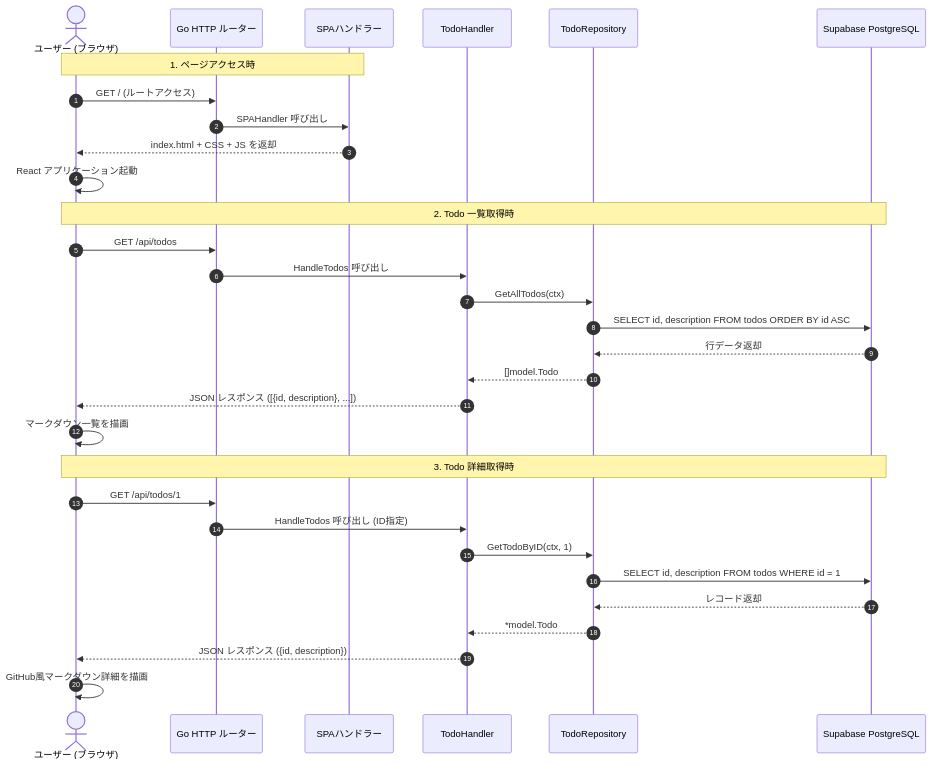
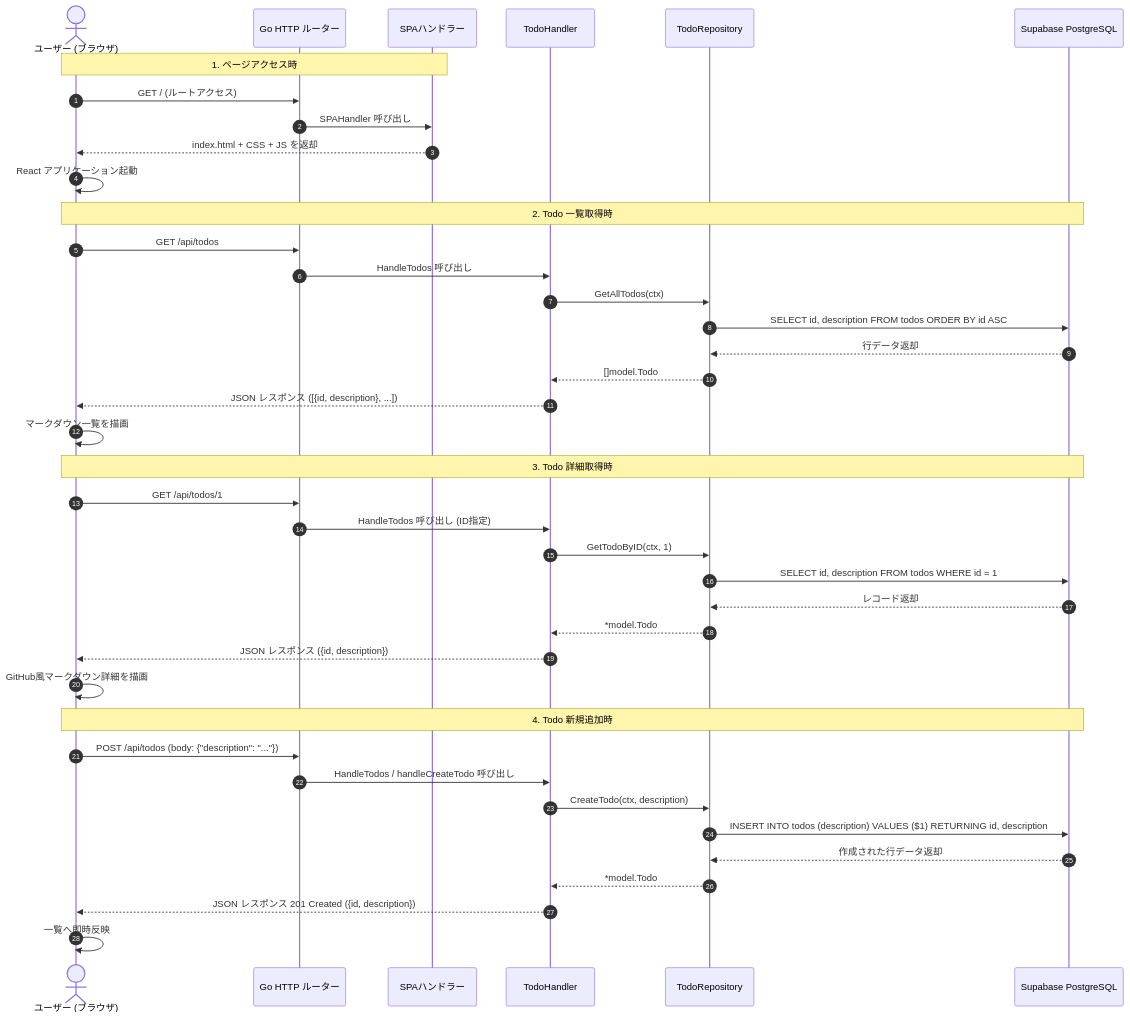
The third of 5 diagrams in ARCHITECTURE.md (masal9pse/my-service), drawn with Mermaid before and after one commit. The commit also changed 7 other files, not shown here.

````diff
--- a/ARCHITECTURE.md
+++ b/ARCHITECTURE.md
@@ -112,39 +112,50 @@
 ```mermaid
 sequenceDiagram
     autonumber
     actor User as ユーザー (ブラウザ)
     participant Router as Go HTTP ルーター
     participant SPA as SPAハンドラー
     participant API as TodoHandler
     participant Repo as TodoRepository
     participant DB as Supabase PostgreSQL
 
     %% 画面読み込み
     Note over User, SPA: 1. ページアクセス時
     User->>Router: GET / (ルートアクセス)
     Router->>SPA: SPAHandler 呼び出し
     SPA-->>User: index.html + CSS + JS を返却
     User->>User: React アプリケーション起動
 
     %% データ取得
     Note over User, DB: 2. Todo 一覧取得時
     User->>Router: GET /api/todos
     Router->>API: HandleTodos 呼び出し
     API->>Repo: GetAllTodos(ctx)
     Repo->>DB: SELECT id, description FROM todos ORDER BY id ASC
     DB-->>Repo: 行データ返却
     Repo-->>API: []model.Todo
     API-->>User: JSON レスポンス ([{id, description}, ...])
     User->>User: マークダウン一覧を描画
 
     %% 詳細取得
     Note over User, DB: 3. Todo 詳細取得時
     User->>Router: GET /api/todos/1
     Router->>API: HandleTodos 呼び出し (ID指定)
     API->>Repo: GetTodoByID(ctx, 1)
     Repo->>DB: SELECT id, description FROM todos WHERE id = 1
     DB-->>Repo: レコード返却
     Repo-->>API: *model.Todo
     API-->>User: JSON レスポンス ({id, description})
     User->>User: GitHub風マークダウン詳細を描画
+
+    %% 新規追加
+    Note over User, DB: 4. Todo 新規追加時
+    User->>Router: POST /api/todos (body: {"description": "..."})
+    Router->>API: HandleTodos / handleCreateTodo 呼び出し
+    API->>Repo: CreateTodo(ctx, description)
+    Repo->>DB: INSERT INTO todos (description) VALUES ($1) RETURNING id, description
+    DB-->>Repo: 作成された行データ返却
+    Repo-->>API: *model.Todo
+    API-->>User: JSON レスポンス 201 Created ({id, description})
+    User->>User: 一覧へ即時反映
 ```
````
